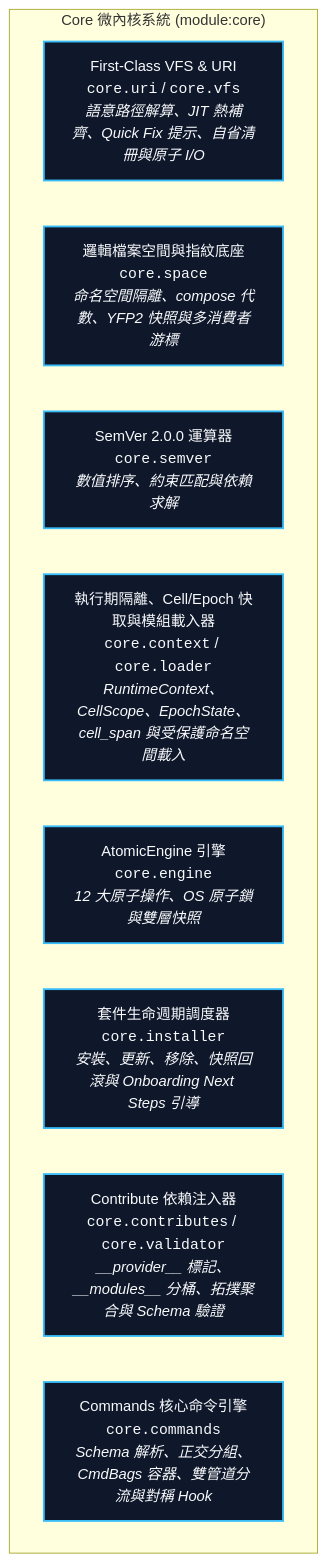
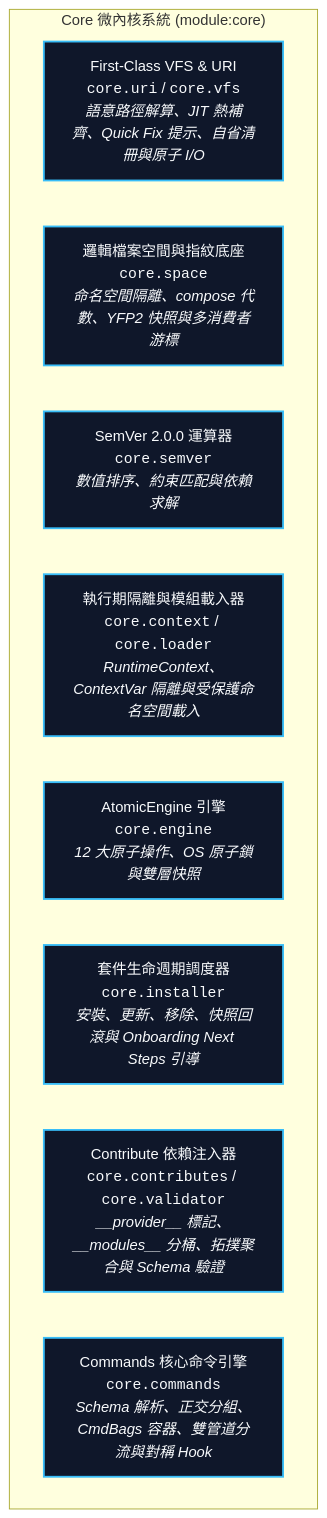
One commit to ysnaive/ys-codebase changed the diagram in docs/core/README.md. Above: the diagram before and after it, drawn with Mermaid. The commit also changed other lines of this file and 147 other files, not shown here.

````diff
--- a/docs/core/README.md
+++ b/docs/core/README.md
@@ -49,15 +49,15 @@
 ```mermaid
 graph TD
     classDef sub fill:#0f172a,stroke:#38bdf8,stroke-width:2px,color:#f8fafc;
     
     subgraph CoreModule ["Core 微內核系統 (module:core)"]
         VFS["First-Class VFS & URI<br/><code>core.uri</code> / <code>core.vfs</code><br/><i>語意路徑解算、JIT 熱補齊、Quick Fix 提示、自省清冊與原子 I/O</i>"]:::sub
         Space["邏輯檔案空間與指紋底座<br/><code>core.space</code><br/><i>命名空間隔離、compose 代數、YFP2 快照與多消費者游標</i>"]:::sub
         SemVer["SemVer 2.0.0 運算器<br/><code>core.semver</code><br/><i>數值排序、約束匹配與依賴求解</i>"]:::sub
-        Context["執行期隔離、Cell/Epoch 快取與模組載入器<br/><code>core.context</code> / <code>core.loader</code><br/><i>RuntimeContext、CellScope、EpochState、cell_span 與受保護命名空間載入</i>"]:::sub
+        Context["執行期隔離與模組載入器<br/><code>core.context</code> / <code>core.loader</code><br/><i>RuntimeContext、ContextVar 隔離與受保護命名空間載入</i>"]:::sub
         Engine["AtomicEngine 引擎<br/><code>core.engine</code><br/><i>12 大原子操作、OS 原子鎖與雙層快照</i>"]:::sub
         Installer["套件生命週期調度器<br/><code>core.installer</code><br/><i>安裝、更新、移除、快照回滾與 Onboarding Next Steps 引導</i>"]:::sub
         Contributes["Contribute 依賴注入器<br/><code>core.contributes</code> / <code>core.validator</code><br/><i>__provider__ 標記、__modules__ 分桶、拓撲聚合與 Schema 驗證</i>"]:::sub
         Commands["Commands 核心命令引擎<br/><code>core.commands</code><br/><i>Schema 解析、正交分組、CmdBags 容器、雙管道分流與對稱 Hook</i>"]:::sub
     end
 ```
````
